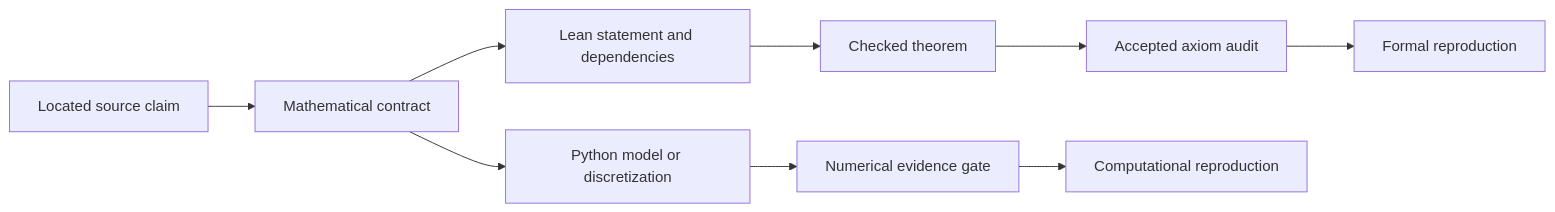
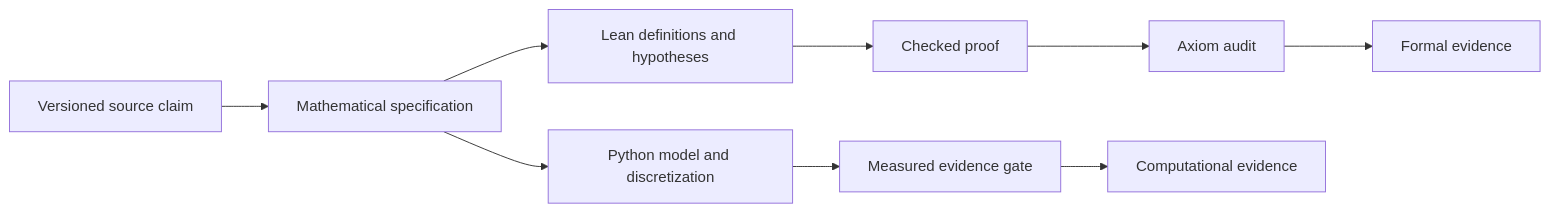
One commit to marpaia/riemannian-fluids changed the first of 2 diagrams in docs/claim-to-proof.md. Above: the diagram before and after it, drawn with Mermaid. The commit also changed other lines of this file and 119 other files, not shown here.

````diff
--- a/docs/claim-to-proof.md
+++ b/docs/claim-to-proof.md
@@ -27,11 +17,11 @@
 ```mermaid
 flowchart LR
-    S["Located source claim"] --> C["Mathematical contract"]
-    C --> F["Lean statement and dependencies"]
-    F --> T["Checked theorem"]
-    T --> A["Accepted axiom audit"]
-    C --> P["Python model or discretization"]
-    P --> E["Numerical evidence gate"]
-    A --> R["Formal reproduction"]
-    E --> N["Computational reproduction"]
+    S["Versioned source claim"] --> M["Mathematical specification"]
+    M --> L["Lean definitions and hypotheses"]
+    L --> P["Checked proof"]
+    P --> A["Axiom audit"]
+    M --> C["Python model and discretization"]
+    C --> E["Measured evidence gate"]
+    A --> F["Formal evidence"]
+    E --> N["Computational evidence"]
 ```
````
